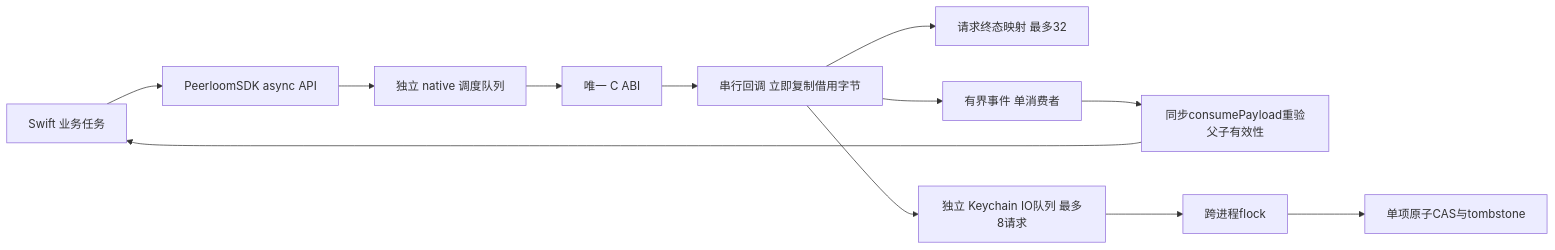
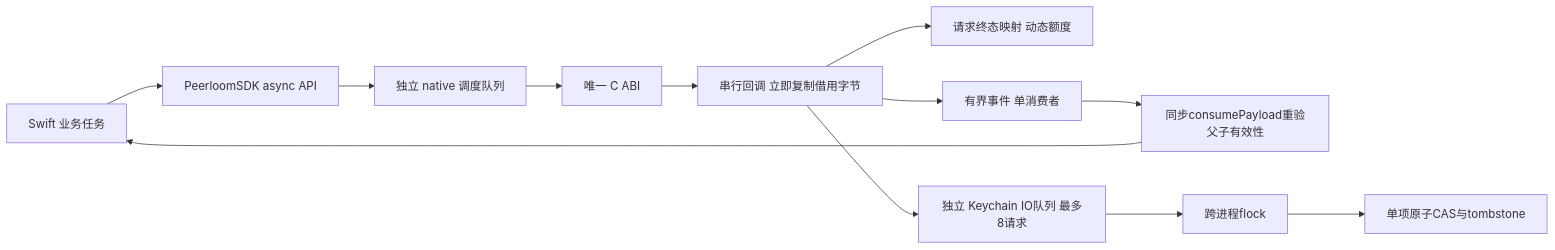
The first of 2 diagrams in bindings/ios/Apple封装说明.md (barry-ran/peerloom), drawn with Mermaid before and after one commit. The commit also changed other lines of this file and 39 other files, not shown here.

````diff
--- a/bindings/ios/Apple封装说明.md
+++ b/bindings/ios/Apple封装说明.md
@@ -13,14 +13,14 @@
 ```mermaid
 flowchart LR
     App[Swift 业务任务] --> API[PeerloomSDK async API]
     API --> NativeQueue[独立 native 调度队列]
     NativeQueue --> ABI[唯一 C ABI]
     ABI --> Callback[串行回调 立即复制借用字节]
-    Callback --> Completions[请求终态映射 最多32]
+    Callback --> Completions[请求终态映射 动态额度]
     Callback --> Events[有界事件 单消费者]
     Events --> Gate[同步consumePayload重验父子有效性]
     Gate --> App
     Callback --> StoreQueue[独立 Keychain IO队列 最多8请求]
     StoreQueue --> Lock[跨进程flock]
     Lock --> Keychain[单项原子CAS与tombstone]
 ```
````
